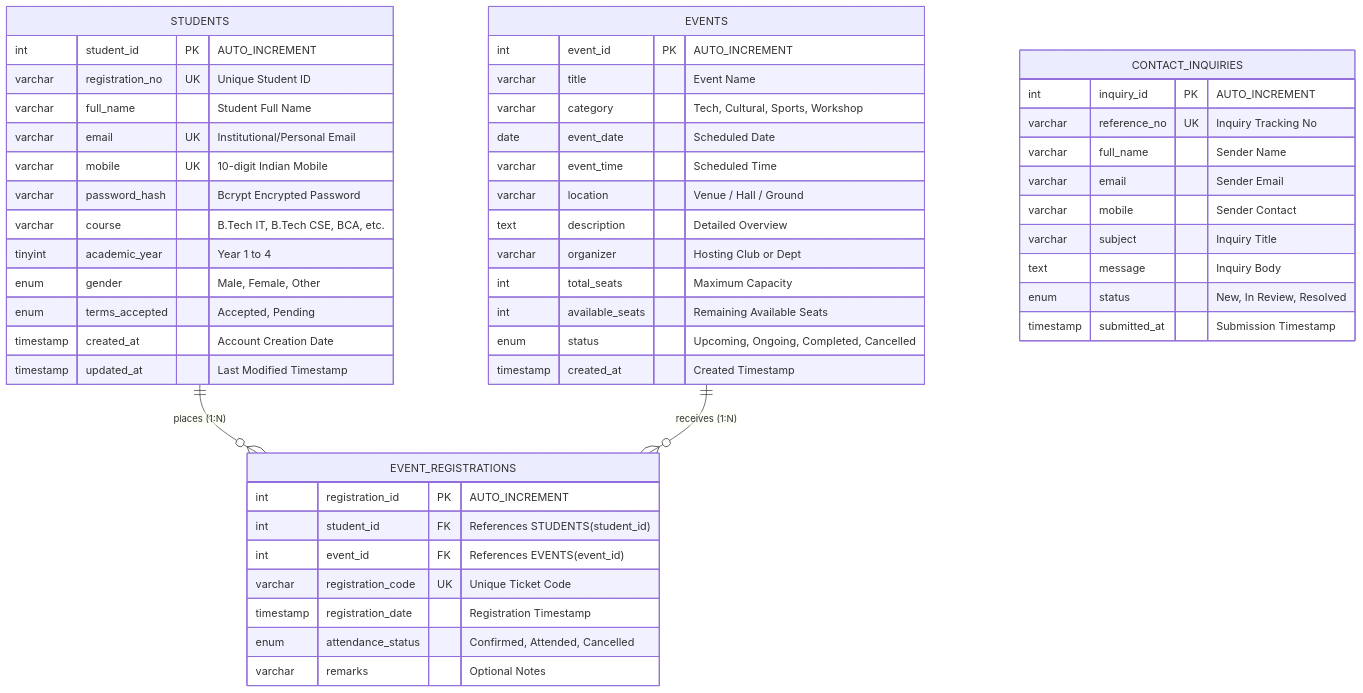
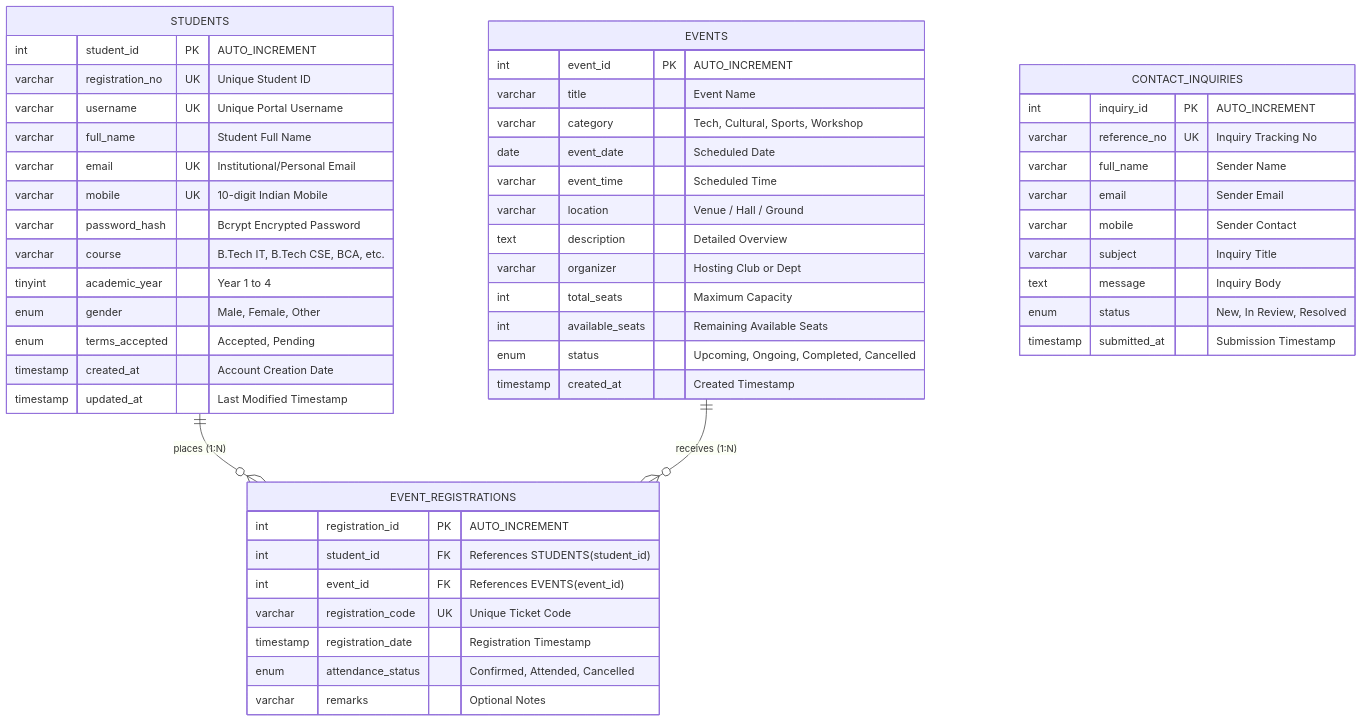
The diagram in docs/ER_MODEL.md (avipatel07/Student-Hub), drawn with Mermaid before and after one commit. The commit also changed 11 other files, not shown here.

````diff
--- a/docs/ER_MODEL.md
+++ b/docs/ER_MODEL.md
@@ -13,57 +13,58 @@
 ```mermaid
 erDiagram
     STUDENTS ||--o{ EVENT_REGISTRATIONS : "places (1:N)"
     EVENTS ||--o{ EVENT_REGISTRATIONS : "receives (1:N)"
     
     STUDENTS {
         int student_id PK "AUTO_INCREMENT"
         varchar registration_no UK "Unique Student ID"
+        varchar username UK "Unique Portal Username"
         varchar full_name "Student Full Name"
         varchar email UK "Institutional/Personal Email"
         varchar mobile UK "10-digit Indian Mobile"
         varchar password_hash "Bcrypt Encrypted Password"
         varchar course "B.Tech IT, B.Tech CSE, BCA, etc."
         tinyint academic_year "Year 1 to 4"
         enum gender "Male, Female, Other"
         enum terms_accepted "Accepted, Pending"
         timestamp created_at "Account Creation Date"
         timestamp updated_at "Last Modified Timestamp"
     }
 
     EVENTS {
         int event_id PK "AUTO_INCREMENT"
         varchar title "Event Name"
         varchar category "Tech, Cultural, Sports, Workshop"
         date event_date "Scheduled Date"
         varchar event_time "Scheduled Time"
         varchar location "Venue / Hall / Ground"
         text description "Detailed Overview"
         varchar organizer "Hosting Club or Dept"
         int total_seats "Maximum Capacity"
         int available_seats "Remaining Available Seats"
         enum status "Upcoming, Ongoing, Completed, Cancelled"
         timestamp created_at "Created Timestamp"
     }
 
     EVENT_REGISTRATIONS {
         int registration_id PK "AUTO_INCREMENT"
         int student_id FK "References STUDENTS(student_id)"
         int event_id FK "References EVENTS(event_id)"
         varchar registration_code UK "Unique Ticket Code"
         timestamp registration_date "Registration Timestamp"
         enum attendance_status "Confirmed, Attended, Cancelled"
         varchar remarks "Optional Notes"
     }
 
     CONTACT_INQUIRIES {
         int inquiry_id PK "AUTO_INCREMENT"
         varchar reference_no UK "Inquiry Tracking No"
         varchar full_name "Sender Name"
         varchar email "Sender Email"
         varchar mobile "Sender Contact"
         varchar subject "Inquiry Title"
         text message "Inquiry Body"
         enum status "New, In Review, Resolved"
         timestamp submitted_at "Submission Timestamp"
     }
 ```
````
